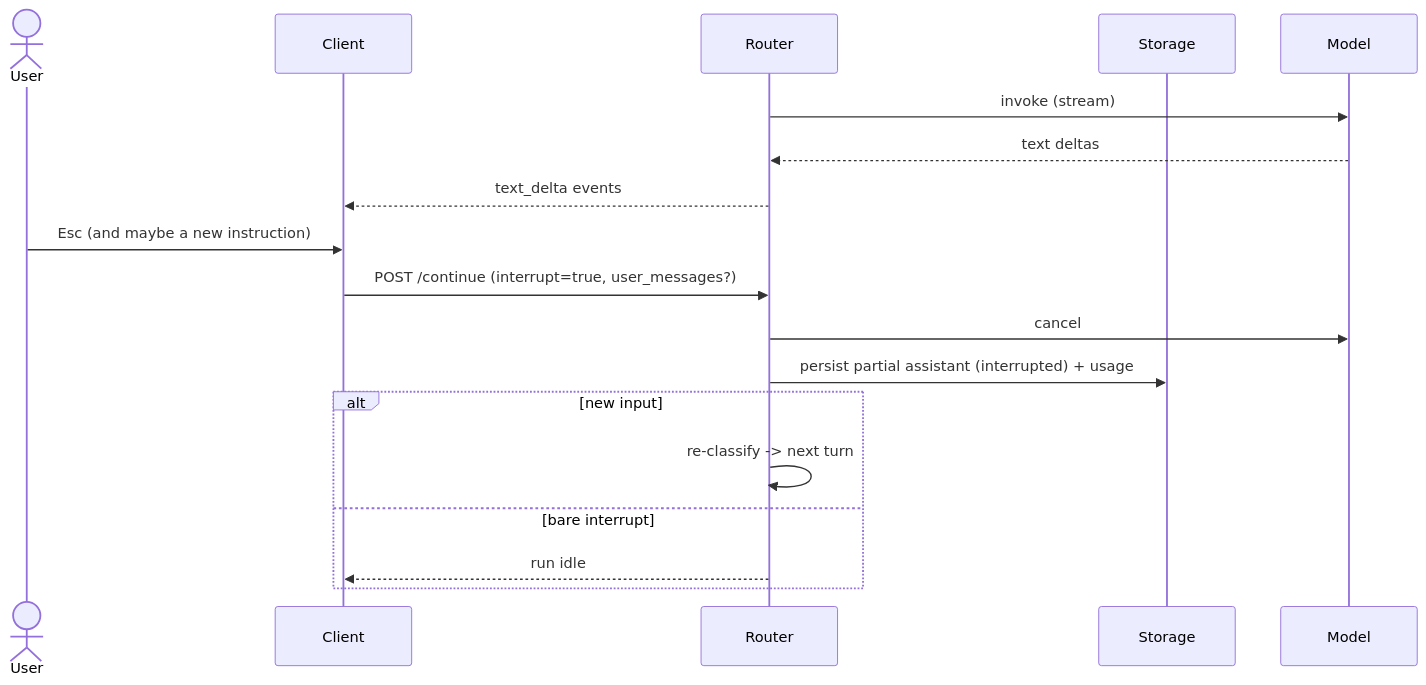
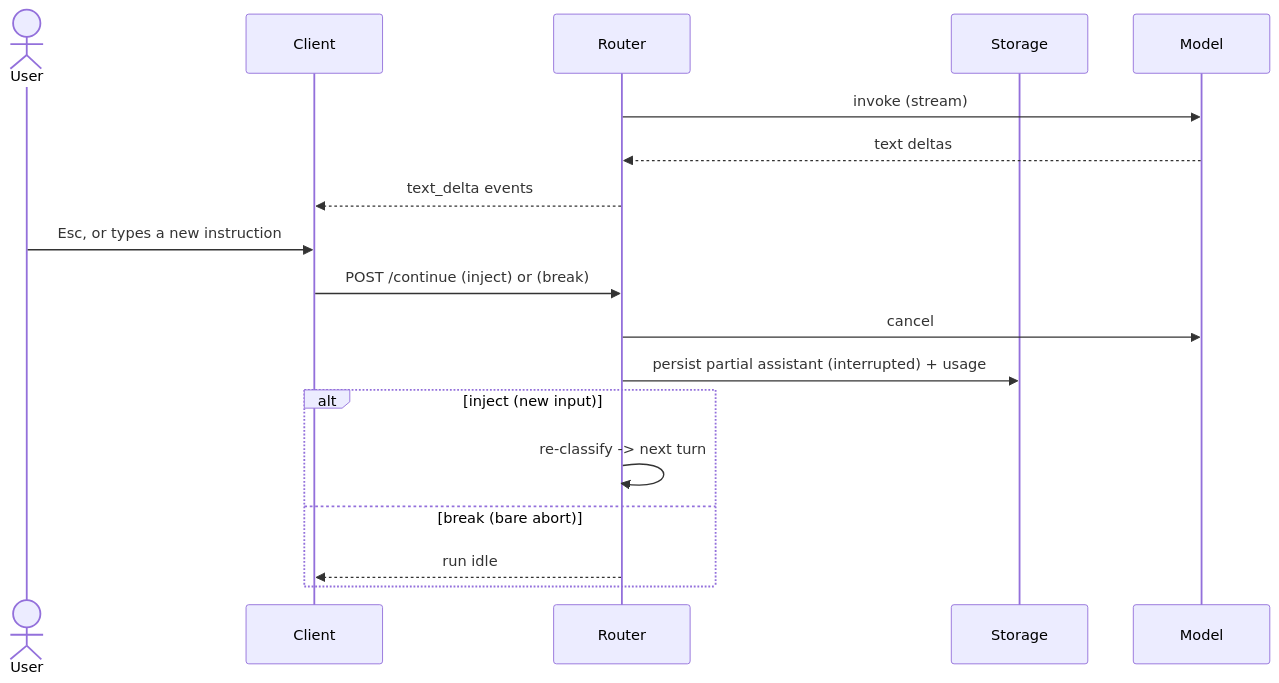
Before and after one commit to smista-ai/smista.ai: the fifth of 6 diagrams in docs/technical/execution-protocol.md, drawn with Mermaid. The commit also changed other lines of this file and 27 other files, not shown here.

````diff
--- a/docs/technical/execution-protocol.md
+++ b/docs/technical/execution-protocol.md
@@ -528,21 +568,21 @@
 ```mermaid
 sequenceDiagram
     actor User
     participant Client
     participant Router
     participant Storage
     participant Model
 
     Router->>Model: invoke (stream)
     Model-->>Router: text deltas
     Router-->>Client: text_delta events
-    User->>Client: Esc (and maybe a new instruction)
-    Client->>Router: POST /continue (interrupt=true, user_messages?)
+    User->>Client: Esc, or types a new instruction
+    Client->>Router: POST /continue (inject) or (break)
     Router->>Model: cancel
     Router->>Storage: persist partial assistant (interrupted) + usage
-    alt new input
+    alt inject (new input)
         Router->>Router: re-classify -> next turn
-    else bare interrupt
+    else break (bare abort)
         Router-->>Client: run idle
     end
 ```
````
